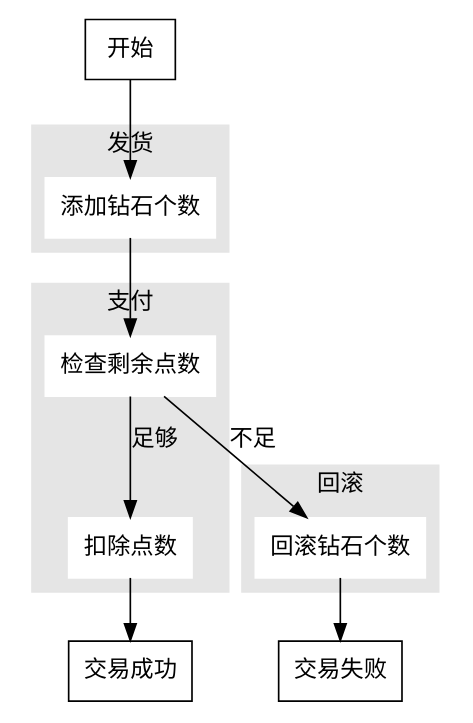
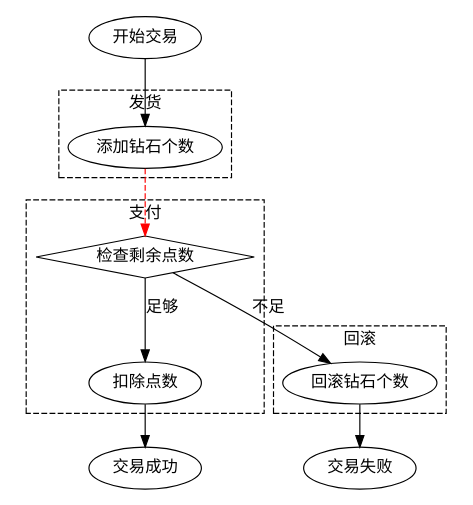
The first of 3 diagrams in web/4/readme.md (imyelo/ddctf-2019-writeups), drawn with Graphviz before and after one commit. The commit also changed other lines of this file, not shown here.

````diff
--- a/web/4/readme.md
+++ b/web/4/readme.md
@@ -396,37 +396,30 @@
 ```graphviz
 digraph G {
-    node [shape=record]
-
+    size = 4
 	subgraph cluster_0 {
-		style=filled;
-		color=grey90;
-		node [style=filled,color=white];
-		label = "发货";
-        添加钻石个数;
+		style = "dashed"
+		label = "发货"
+        添加钻石个数
 	}
 
 	subgraph cluster_1 {
-	    style=filled;
-	    color=grey90;
-		node [style=filled, color=white];
-		label = "支付";
-		检查剩余点数;
-		扣除点数;
+		style = "dashed"
+		label = "支付"
+		检查剩余点数 [shape = "diamond"]
+		扣除点数
 	}
 
 	subgraph cluster_2 {
-	    style=filled;
-	    color=grey90;
-		node [style=filled, color=white];
-		label = "回滚";
-		回滚钻石个数;
+		style = "dashed"
+		label = "回滚"
+		回滚钻石个数
 	}
-	
-	开始 -> 添加钻石个数;
-	添加钻石个数 -> 检查剩余点数;
-	检查剩余点数 -> 扣除点数 [label = 足够];
-	扣除点数 -> 交易成功;
-	检查剩余点数 -> 回滚钻石个数 [label = 不足];
-	回滚钻石个数 -> 交易失败;
+
+	开始交易 -> 添加钻石个数
+	添加钻石个数 -> 检查剩余点数 [style = "dashed", color = "red"]
+	检查剩余点数 -> 扣除点数 [label = "足够"]
+	扣除点数 -> 交易成功
+	检查剩余点数 -> 回滚钻石个数 [label = "不足"]
+	回滚钻石个数 -> 交易失败
 }
 ```
````
